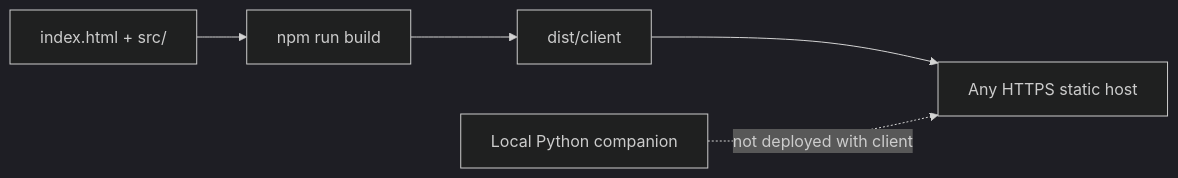
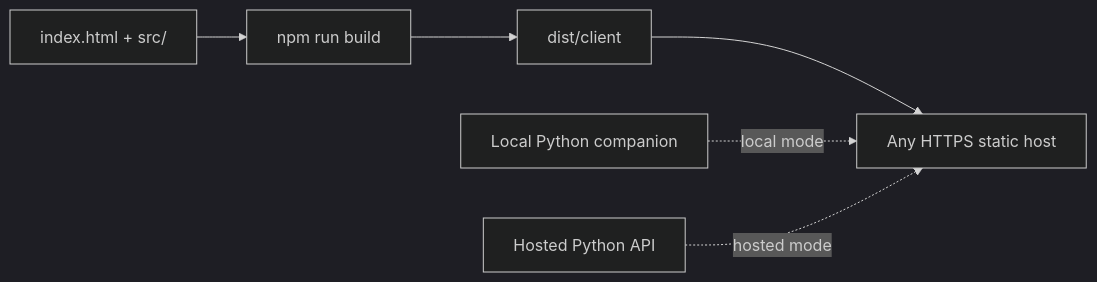
The second of 2 diagrams in docs/ARCHITECTURE.md (sumarahmed/AINotesBuddy), drawn with Mermaid (dark theme) before and after one commit. The commit also changed other lines of this file and 28 other files, not shown here.

````diff
--- a/docs/ARCHITECTURE.md
+++ b/docs/ARCHITECTURE.md
@@ -233,7 +264,8 @@
 ```mermaid
 flowchart LR
     Source["index.html + src/"] --> Build["npm run build"]
     Build --> Client["dist/client"]
     Client --> StaticHost["Any HTTPS static host"]
-    Companion["Local Python companion"] -. "not deployed with client" .-> StaticHost
+    Local["Local Python companion"] -. "local mode" .-> StaticHost
+    Hosted["Hosted Python API"] -. "hosted mode" .-> StaticHost
 ```
````
